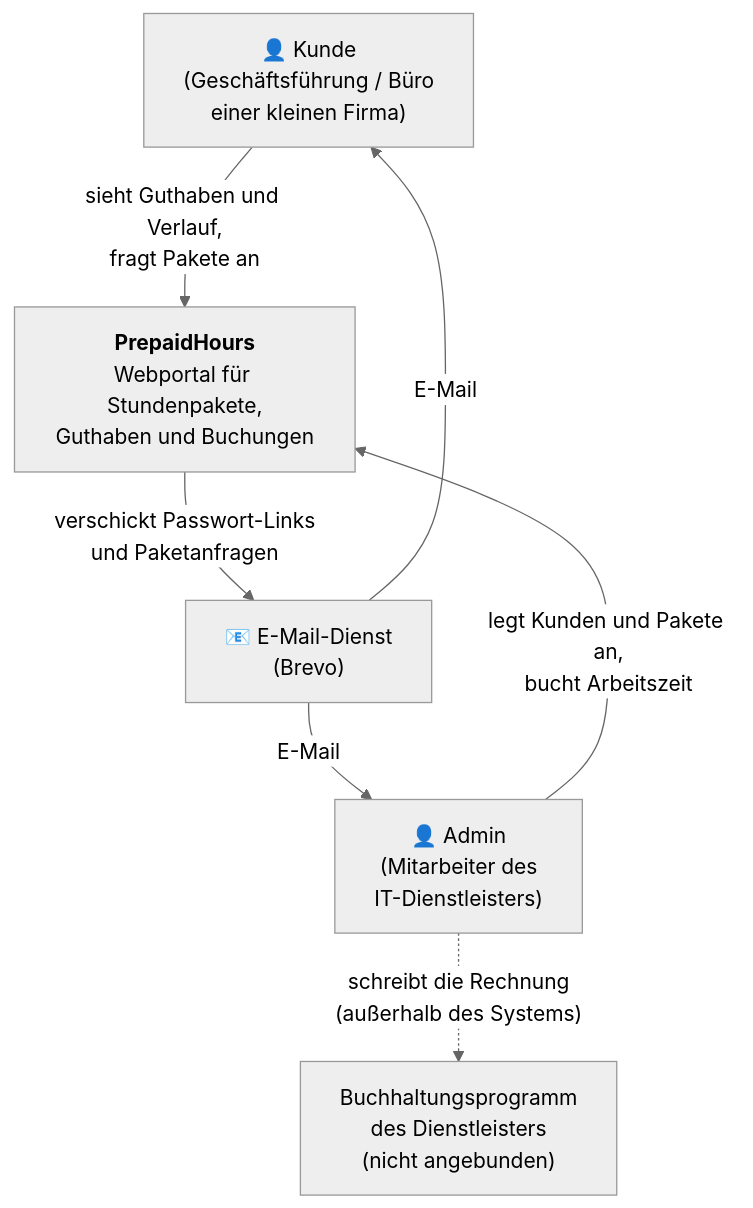
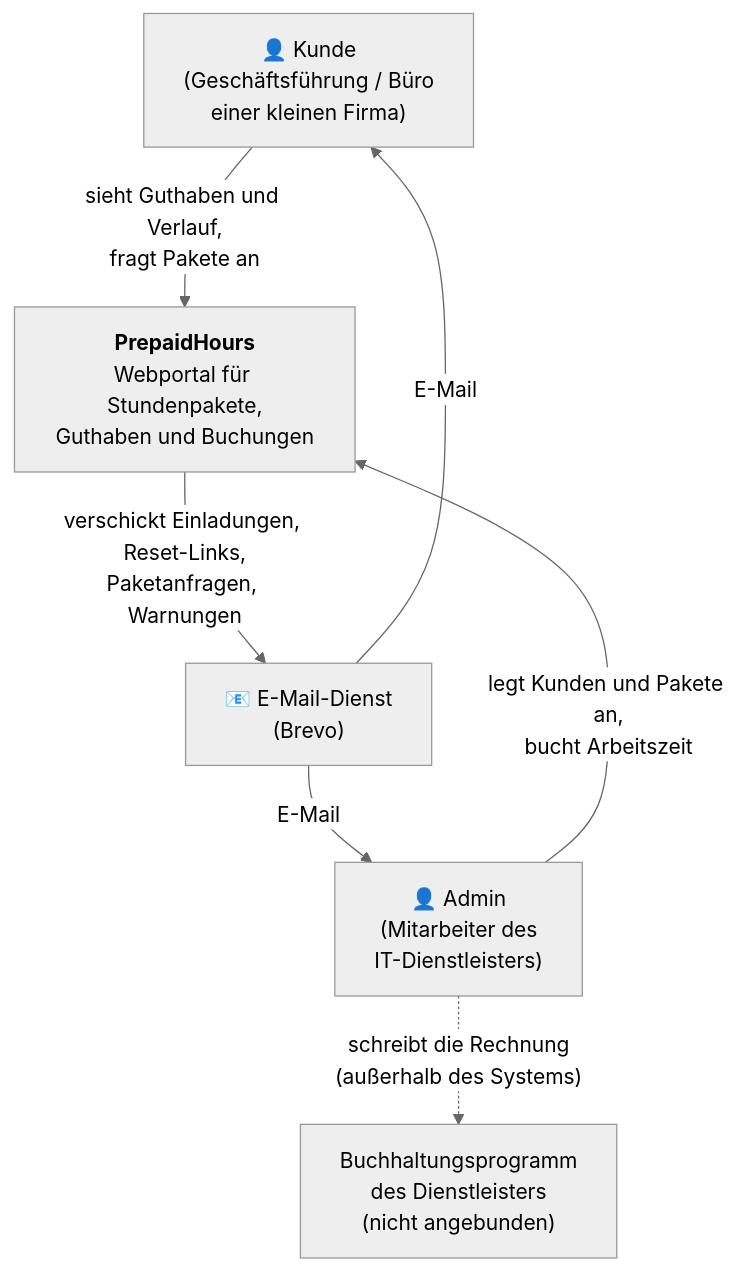
Before and after one commit to se26m047/prepaidhours: the first of 6 diagrams in docs/architecture.md, drawn with Mermaid (neutral theme). The commit also changed other lines of this file and 6 other files, not shown here.

First line of the commit message:
docs: apply Phase 2 architecture review findings

````diff
--- a/docs/architecture.md
+++ b/docs/architecture.md
@@ -65,15 +65,15 @@
 ```mermaid
 flowchart TB
     kunde["👤 Kunde<br/>(Geschäftsführung / Büro<br/>einer kleinen Firma)"]
     admin["👤 Admin<br/>(Mitarbeiter des<br/>IT-Dienstleisters)"]
     php["<b>PrepaidHours</b><br/>Webportal für Stundenpakete,<br/>Guthaben und Buchungen"]
     mail["📧 E-Mail-Dienst<br/>(Brevo)"]
     buchhaltung["Buchhaltungsprogramm<br/>des Dienstleisters<br/>(nicht angebunden)"]
 
     kunde -- "sieht Guthaben und Verlauf,<br/>fragt Pakete an" --> php
     admin -- "legt Kunden und Pakete an,<br/>bucht Arbeitszeit" --> php
-    php -- "verschickt Passwort-Links<br/>und Paketanfragen" --> mail
+    php -- "verschickt Einladungen, Reset-Links,<br/>Paketanfragen, Warnungen" --> mail
     mail -- "E-Mail" --> kunde
     mail -- "E-Mail" --> admin
     admin -. "schreibt die Rechnung<br/>(außerhalb des Systems)" .-> buchhaltung
 ```
````
